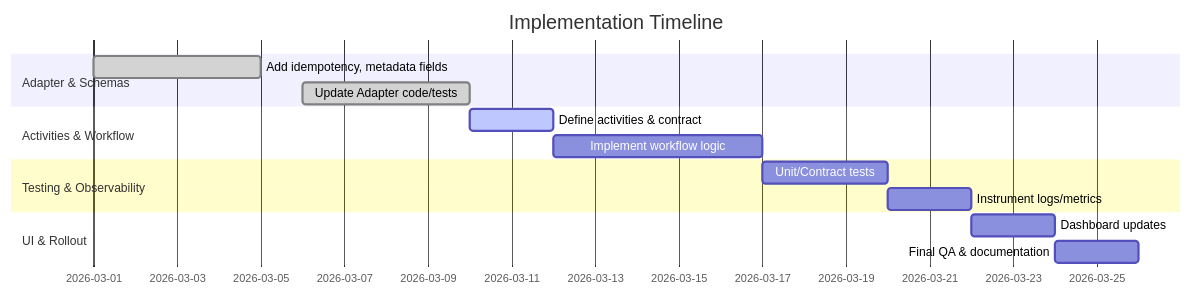
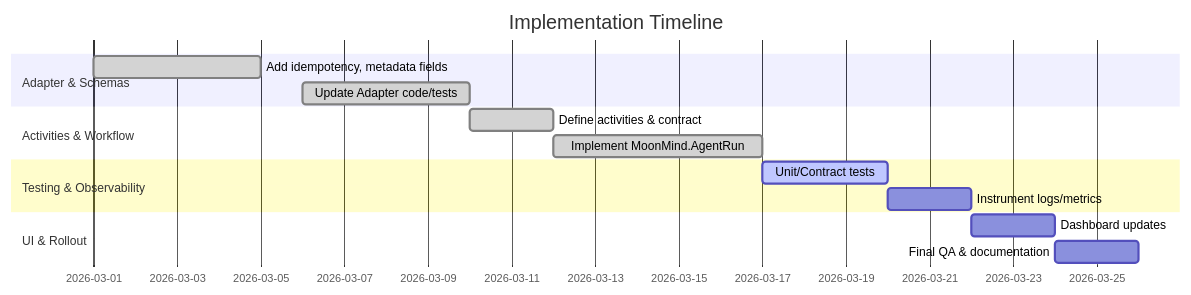
One commit to MoonLadderStudios/MoonMind changed the second of 2 diagrams in docs/ExternalAgents/JulesTemporalIntegrationReport.md. Above: the diagram before and after it, drawn with Mermaid. The commit also changed other lines of this file and 3 other files, not shown here.

````diff
--- a/docs/ExternalAgents/JulesTemporalIntegrationReport.md
+++ b/docs/ExternalAgents/JulesTemporalIntegrationReport.md
@@ -195,17 +197,17 @@
 ```mermaid
 gantt
   title Implementation Timeline
   dateFormat  MM-DD
   section Adapter & Schemas
     Add idempotency, metadata fields :done,   des1, 03-01, 03-05
     Update Adapter code/tests       :done,   des2, 03-06, 03-10
   section Activities & Workflow
-    Define activities & contract    :active, act1, 03-10, 2d
-    Implement workflow logic        :         act2, after act1, 5d
+    Define activities & contract    :done,    act1, 03-10, 2d
+    Implement MoonMind.AgentRun     :done,    act2, after act1, 5d
   section Testing & Observability
-    Unit/Contract tests             :         test1, 03-17, 3d
+    Unit/Contract tests             :active,  test1, 03-17, 3d
     Instrument logs/metrics         :         test2, after test1, 2d
   section UI & Rollout
     Dashboard updates               :         ui1, 03-22, 2d
     Final QA & documentation        :         doc, after ui1, 2d
 ```
````
